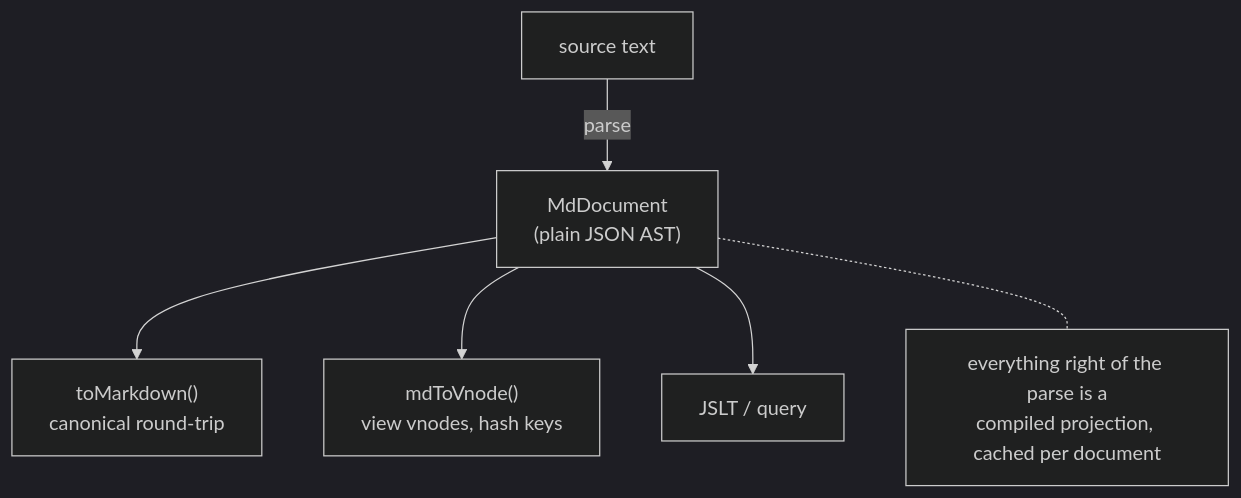
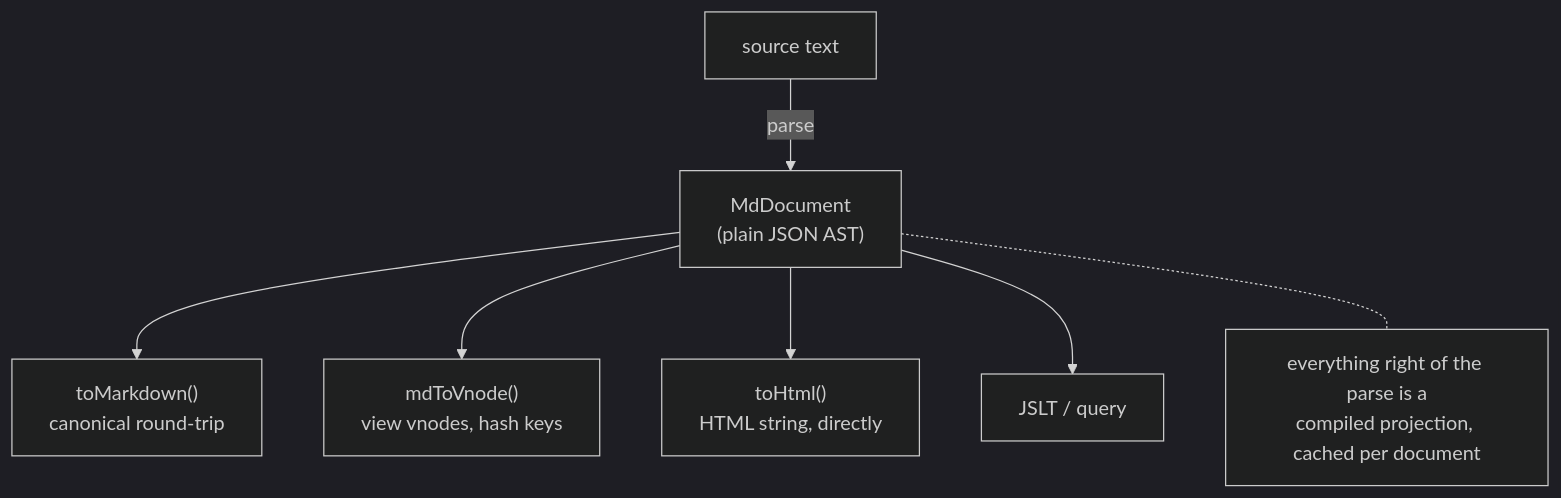
Before and after one commit to jklarenbeek/jarenjs: the diagram in components/md/ARCHITECTURE.md, drawn with Mermaid (dark theme). The commit also changed other lines of this file and 69 other files, not shown here.

````diff
--- a/components/md/ARCHITECTURE.md
+++ b/components/md/ARCHITECTURE.md
@@ -59,10 +59,11 @@
 ```mermaid
 flowchart TD
     S["source text"] -->|parse| D["MdDocument<br/>(plain JSON AST)"]
     D --> M["toMarkdown()<br/>canonical round-trip"]
     D --> V["mdToVnode()<br/>view vnodes, hash keys"]
+    D --> H["toHtml()<br/>HTML string, directly"]
     D --> Q["JSLT / query"]
     N["everything right of the parse is a<br/>compiled projection, cached per document"]
     D -.- N
     class N note
 ```
````
